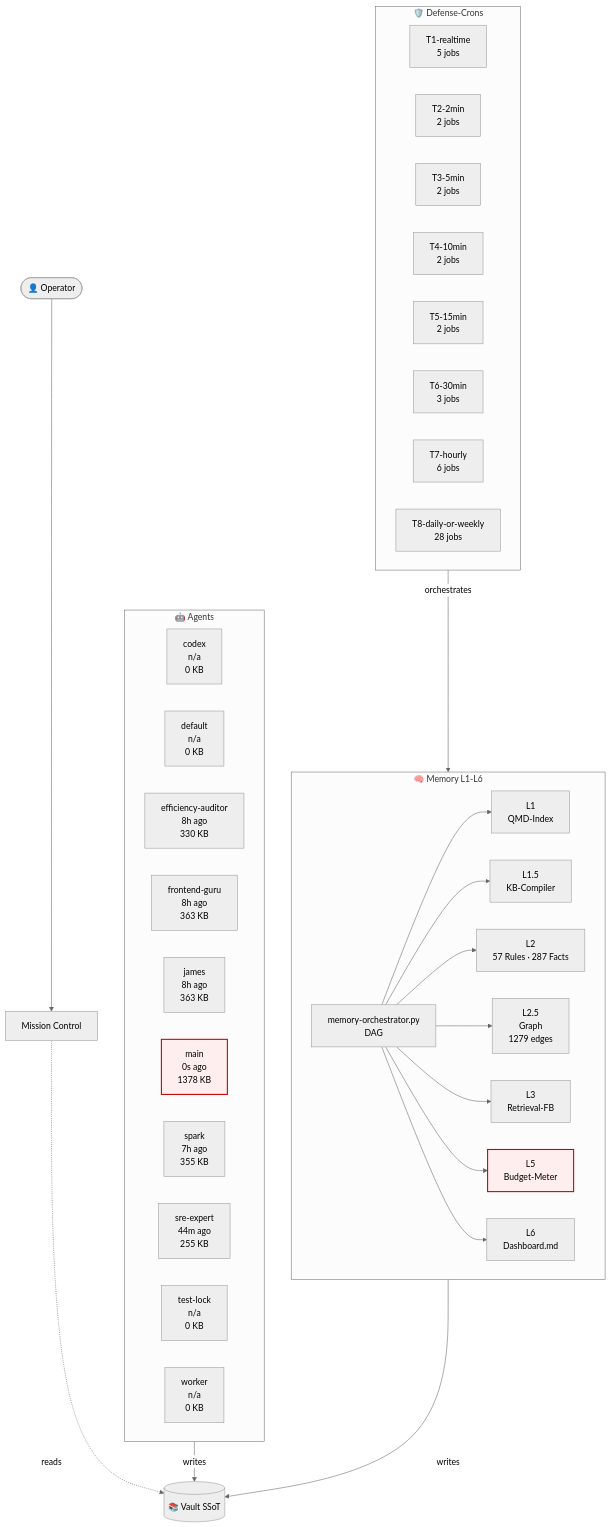
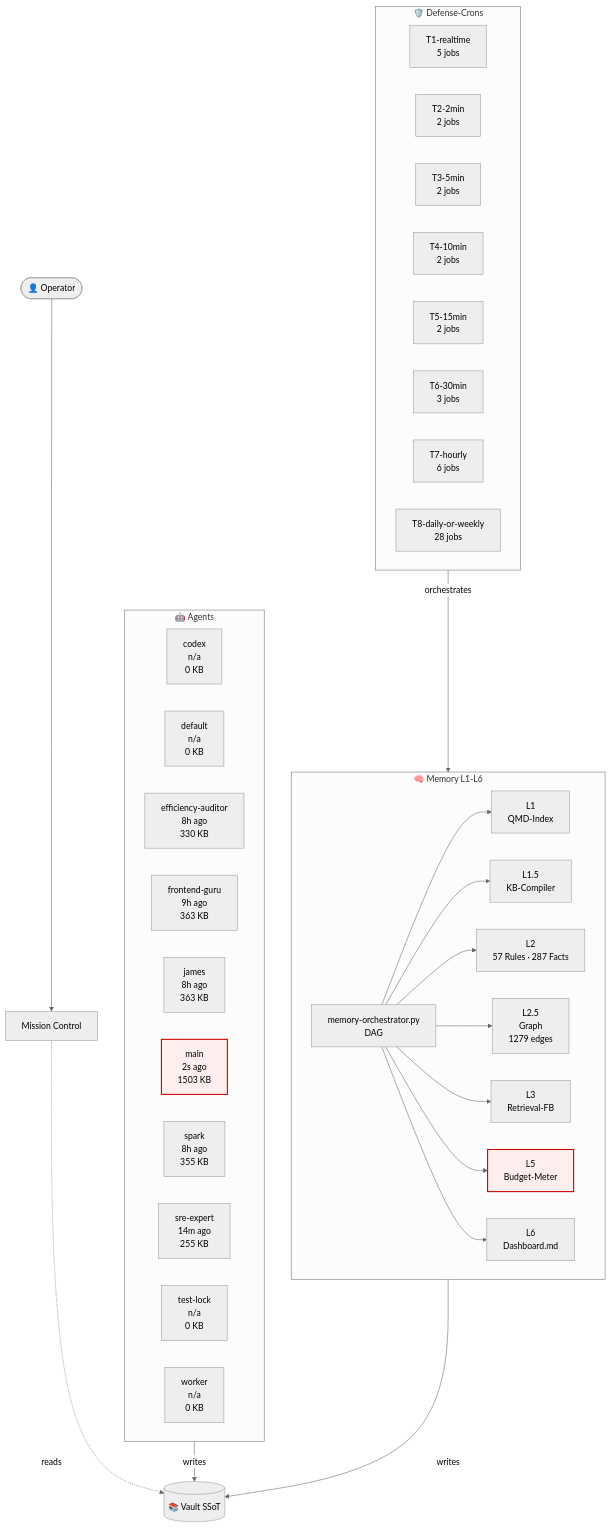
One commit to lenardhuebner88-rgb/openclaw-memory changed the diagram in 03-Agents/architecture-live.md. Above: the diagram before and after it, drawn with Mermaid (neutral theme). The commit also changed other lines of this file and 13 other files, not shown here.

````diff
--- a/03-Agents/architecture-live.md
+++ b/03-Agents/architecture-live.md
@@ -18,53 +18,53 @@
 ```mermaid
 flowchart TB
     classDef critical fill:#fee,stroke:#c00,stroke-width:2px;
     subgraph AGT["🤖 Agents"]
         agent_codex["codex<br/>n/a<br/>0 KB"]
         agent_default["default<br/>n/a<br/>0 KB"]
         agent_efficiency_auditor["efficiency-auditor<br/>8h ago<br/>330 KB"]
-        agent_frontend_guru["frontend-guru<br/>8h ago<br/>363 KB"]
+        agent_frontend_guru["frontend-guru<br/>9h ago<br/>363 KB"]
         agent_james["james<br/>8h ago<br/>363 KB"]
-        agent_main["main<br/>0s ago<br/>1378 KB"]
-        agent_spark["spark<br/>7h ago<br/>355 KB"]
-        agent_sre_expert["sre-expert<br/>44m ago<br/>255 KB"]
+        agent_main["main<br/>2s ago<br/>1503 KB"]
+        agent_spark["spark<br/>8h ago<br/>355 KB"]
+        agent_sre_expert["sre-expert<br/>14m ago<br/>255 KB"]
         agent_test_lock["test-lock<br/>n/a<br/>0 KB"]
         agent_worker["worker<br/>n/a<br/>0 KB"]
     end
     subgraph MEM["🧠 Memory L1-L6"]
         L1["L1<br/>QMD-Index"]
         L15["L1.5<br/>KB-Compiler"]
         L2["L2<br/>57 Rules · 287 Facts"]
         L25["L2.5<br/>Graph<br/>1279 edges"]
         L3["L3<br/>Retrieval-FB"]
         L5["L5<br/>Budget-Meter"]
         L6["L6<br/>Dashboard.md"]
         ORCH["memory-orchestrator.py<br/>DAG"]
     end
     subgraph CRN["🛡️ Defense-Crons"]
         tier_T1_realtime["T1-realtime<br/>5 jobs"]
         tier_T2_2min["T2-2min<br/>2 jobs"]
         tier_T3_5min["T3-5min<br/>2 jobs"]
         tier_T4_10min["T4-10min<br/>2 jobs"]
         tier_T5_15min["T5-15min<br/>2 jobs"]
         tier_T6_30min["T6-30min<br/>3 jobs"]
         tier_T7_hourly["T7-hourly<br/>6 jobs"]
         tier_T8_daily_or_weekly["T8-daily-or-weekly<br/>28 jobs"]
     end
     VAULT[("📚 Vault SSoT")]
     OP([👤 Operator])
     MC["Mission Control"]
     OP --> MC
     MC -.reads.-> VAULT
     AGT -->|writes| VAULT
     MEM -->|writes| VAULT
     ORCH --> L1
     ORCH --> L15
     ORCH --> L2
     ORCH --> L25
     ORCH --> L3
     ORCH --> L5
     ORCH --> L6
     CRN -->|orchestrates| MEM
     class L5 critical
     class agent_main critical
 ```
````
